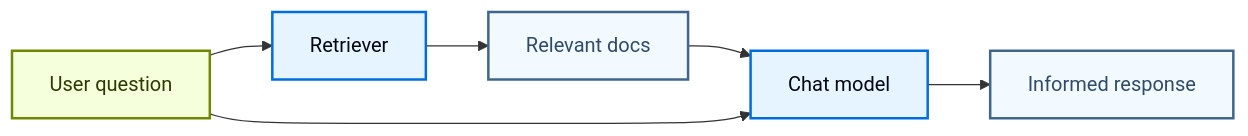
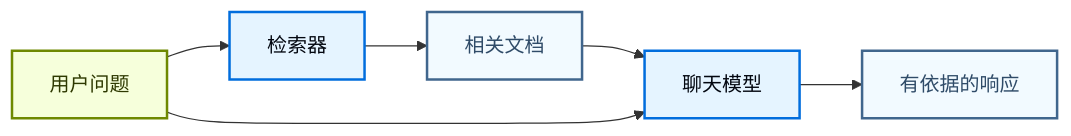
The second of 4 diagrams in oss/python/langchain/component-architecture.mdx (kunfan96/cndocs-langchain), drawn with Mermaid before and after one commit. The commit also changed other lines of this file and 2498 other files, not shown here.

````diff
--- a/oss/python/langchain/component-architecture.mdx
+++ b/oss/python/langchain/component-architecture.mdx
@@ -91,16 +91,16 @@
 ```mermaid
 graph LR
-    A[User question] --> B[Retriever]
-    B --> C[Relevant docs]
-    C --> D[Chat model]
+    A[用户问题] --> B[检索器]
+    B --> C[相关文档]
+    C --> D[聊天模型]
     A --> D
-    D --> E[Informed response]
+    D --> E[有依据的响应]
 
     classDef trigger fill:#F6FFDB,stroke:#6E8900,stroke-width:2px,color:#2E3900
     classDef process fill:#E5F4FF,stroke:#006DDD,stroke-width:2px,color:#030710
     classDef neutral fill:#F2FAFF,stroke:#40668D,stroke-width:2px,color:#2F4B68
 
     class A trigger
     class B,D process
     class C,E neutral
 ```
````
